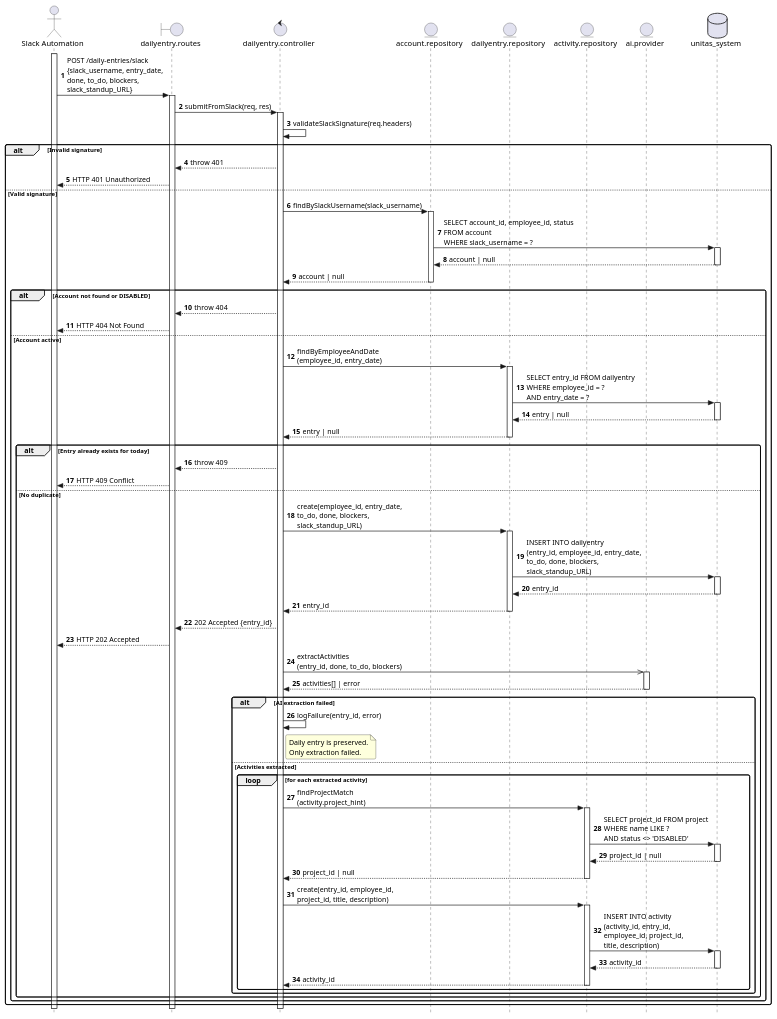
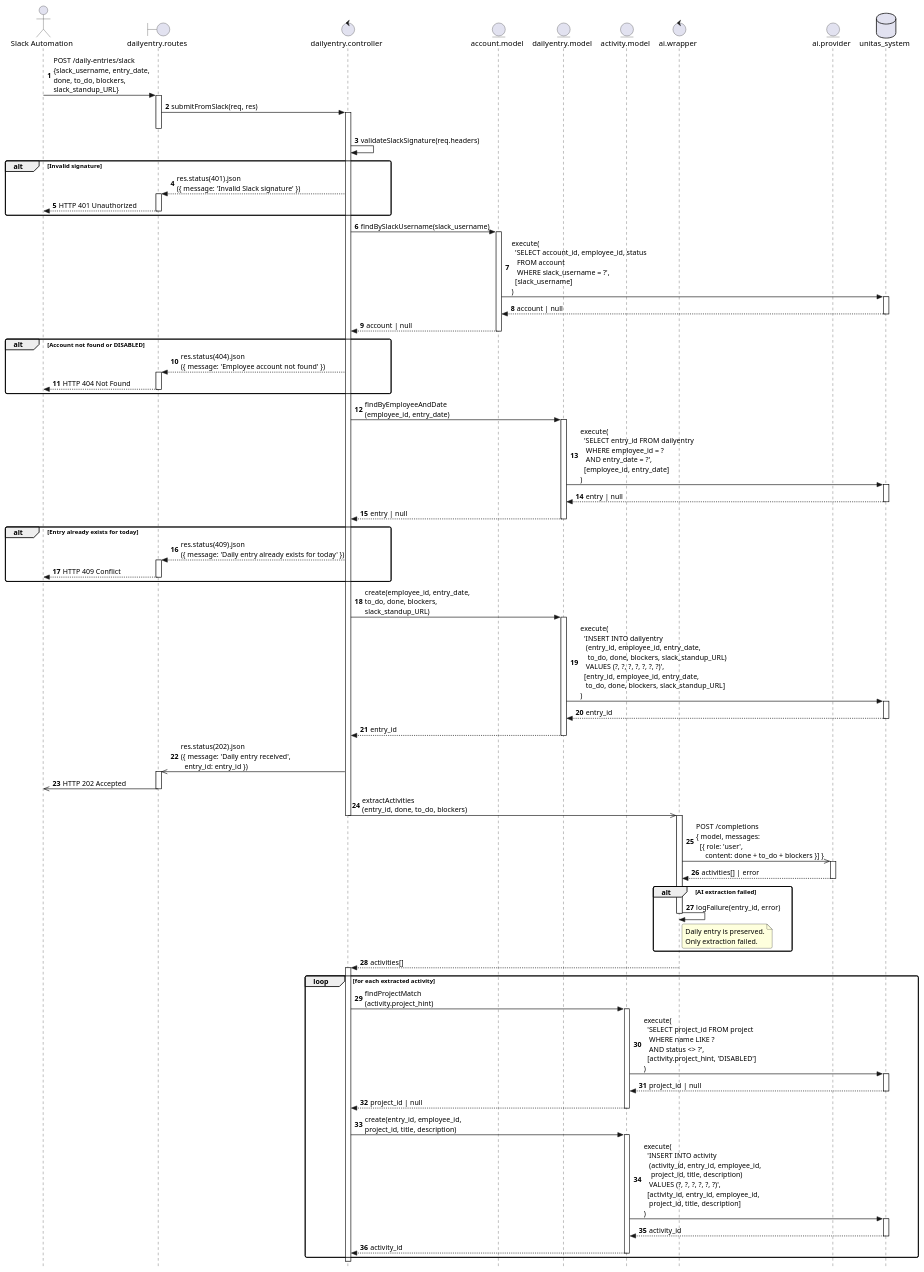
Before and after one commit to Berthou05/LimboSoftwareDevelopment_Change.org: the diagram in documentation/sequence_diagrams/AL-01-SD.puml, drawn with PlantUML. The commit also changed 1 other file, not shown here.

```diff
--- a/documentation/sequence_diagrams/AL-01-SD.puml
+++ b/documentation/sequence_diagrams/AL-01-SD.puml
@@ -1,115 +1,123 @@
 @startuml
 skinparam style strictuml
 skinparam sequenceArrowThickness 1.2
 skinparam roundcorner 6
 autonumber
 
-actor    "Slack Automation"        as Slack
-boundary "dailyentry.routes"       as Routes
-control  "dailyentry.controller"   as Controller
-entity   "account.repository"      as AccountRepository
-entity   "dailyentry.repository"   as DailyEntryRepository
-entity   "activity.repository"     as ActivityRepository
-entity   "ai.provider"             as AIProvider
-database "unitas_system"           as DB
+actor    "Slack Automation"       as Slack
+boundary "dailyentry.routes"      as Routes
+control  "dailyentry.controller"  as Controller
+entity   "account.model"          as AccountModel
+entity   "dailyentry.model"       as DailyEntryModel
+entity   "activity.model"         as ActivityModel
+control  "ai.wrapper"             as AIWrapper
+entity   "ai.provider"            as AIProvider
+database "unitas_system"          as DB
 
-activate Slack
-Slack      ->  Routes     : POST /daily-entries/slack\n{slack_username, entry_date,\ndone, to_do, blockers,\nslack_standup_URL}
+Slack -> Routes : POST /daily-entries/slack\n{slack_username, entry_date,\ndone, to_do, blockers,\nslack_standup_URL}
 activate Routes
-Routes     ->  Controller : submitFromSlack(req, res)
+Routes -> Controller : submitFromSlack(req, res)
+activate Controller
+deactivate Routes
+
+Controller -> Controller : validateSlackSignature(req.headers)
+
+alt Invalid signature
+    Controller --> Routes : res.status(401).json\n({ message: 'Invalid Slack signature' })
+    activate Routes
+    Routes --> Slack : HTTP 401 Unauthorized
+    deactivate Routes
+end
+
+Controller -> AccountModel : findBySlackUsername(slack_username)
+activate AccountModel
+AccountModel -> DB : execute(\n  'SELECT account_id, employee_id, status\n   FROM account\n   WHERE slack_username = ?',\n  [slack_username]\n)
+activate DB
+DB --> AccountModel : account | null
+deactivate DB
+AccountModel --> Controller : account | null
+deactivate AccountModel
+
+alt Account not found or DISABLED
+    Controller --> Routes : res.status(404).json\n({ message: 'Employee account not found' })
+    activate Routes
+    Routes --> Slack : HTTP 404 Not Found
+    deactivate Routes
+end
+
+Controller -> DailyEntryModel : findByEmployeeAndDate\n(employee_id, entry_date)
+activate DailyEntryModel
+DailyEntryModel -> DB : execute(\n  'SELECT entry_id FROM dailyentry\n   WHERE employee_id = ?\n   AND entry_date = ?',\n  [employee_id, entry_date]\n)
+activate DB
+DB --> DailyEntryModel : entry | null
+deactivate DB
+DailyEntryModel --> Controller : entry | null
+deactivate DailyEntryModel
+
+alt Entry already exists for today
+    Controller --> Routes : res.status(409).json\n({ message: 'Daily entry already exists for today' })
+    activate Routes
+    Routes --> Slack : HTTP 409 Conflict
+    deactivate Routes
+end
+
+Controller -> DailyEntryModel : create(employee_id, entry_date,\nto_do, done, blockers,\nslack_standup_URL)
+activate DailyEntryModel
+DailyEntryModel -> DB : execute(\n  'INSERT INTO dailyentry\n   (entry_id, employee_id, entry_date,\n    to_do, done, blockers, slack_standup_URL)\n   VALUES (?, ?, ?, ?, ?, ?, ?)',\n  [entry_id, employee_id, entry_date,\n   to_do, done, blockers, slack_standup_URL]\n)
+activate DB
+DB --> DailyEntryModel : entry_id
+deactivate DB
+DailyEntryModel --> Controller : entry_id
+deactivate DailyEntryModel
+
+Controller ->> Routes : res.status(202).json\n({ message: 'Daily entry received',\n  entry_id: entry_id })
+activate Routes
+Routes ->> Slack : HTTP 202 Accepted
+deactivate Routes
+
+Controller ->> AIWrapper : extractActivities\n(entry_id, done, to_do, blockers)
+deactivate Controller
+activate AIWrapper
+AIWrapper ->> AIProvider : POST /completions\n{ model, messages:\n  [{ role: 'user',\n     content: done + to_do + blockers }] }
+activate AIProvider
+AIProvider --> AIWrapper : activities[] | error
+deactivate AIProvider
+
+alt AI extraction failed
+    AIWrapper -> AIWrapper : logFailure(entry_id, error)
+    note right of AIWrapper
+        Daily entry is preserved.
+        Only extraction failed.
+    end note
+    deactivate AIWrapper
+end
+
+AIWrapper --> Controller : activities[]
+deactivate AIWrapper
 activate Controller
 
-Controller ->  Controller : validateSlackSignature(req.headers)
+loop for each extracted activity
 
-alt Invalid signature
-    Controller --> Routes : throw 401
-    Routes     --> Slack  : HTTP 401 Unauthorized
+    Controller -> ActivityModel : findProjectMatch\n(activity.project_hint)
+    activate ActivityModel
+    ActivityModel -> DB : execute(\n  'SELECT project_id FROM project\n   WHERE name LIKE ?\n   AND status <> ?',\n  [activity.project_hint, 'DISABLED']\n)
+    activate DB
+    DB --> ActivityModel : project_id | null
+    deactivate DB
+    ActivityModel --> Controller : project_id | null
+    deactivate ActivityModel
 
-else Valid signature
+    Controller -> ActivityModel : create(entry_id, employee_id,\nproject_id, title, description)
+    activate ActivityModel
+    ActivityModel -> DB : execute(\n  'INSERT INTO activity\n   (activity_id, entry_id, employee_id,\n    project_id, title, description)\n   VALUES (?, ?, ?, ?, ?, ?)',\n  [activity_id, entry_id, employee_id,\n   project_id, title, description]\n)
+    activate DB
+    DB --> ActivityModel : activity_id
+    deactivate DB
+    ActivityModel --> Controller : activity_id
+    deactivate ActivityModel
 
-    Controller ->  AccountRepository : findBySlackUsername(slack_username)
-    activate AccountRepository
-    AccountRepository ->  DB               : SELECT account_id, employee_id, status\nFROM account\nWHERE slack_username = ?
-    activate DB
-    DB                --> AccountRepository : account | null
-    deactivate DB
-    AccountRepository --> Controller        : account | null
-    deactivate AccountRepository
-
-    alt Account not found or DISABLED
-        Controller --> Routes : throw 404
-        Routes     --> Slack  : HTTP 404 Not Found
-
-    else Account active
-
-        Controller ->  DailyEntryRepository : findByEmployeeAndDate\n(employee_id, entry_date)
-        activate DailyEntryRepository
-        DailyEntryRepository ->  DB                  : SELECT entry_id FROM dailyentry\nWHERE employee_id = ?\nAND entry_date = ?
-        activate DB
-        DB                   --> DailyEntryRepository : entry | null
-        deactivate DB
-        DailyEntryRepository --> Controller            : entry | null
-        deactivate DailyEntryRepository
-
-        alt Entry already exists for today
-            Controller --> Routes : throw 409
-            Routes     --> Slack  : HTTP 409 Conflict
-
-        else No duplicate
-
-            Controller ->  DailyEntryRepository : create(employee_id, entry_date,\nto_do, done, blockers,\nslack_standup_URL)
-            activate DailyEntryRepository
-            DailyEntryRepository ->  DB                  : INSERT INTO dailyentry\n(entry_id, employee_id, entry_date,\nto_do, done, blockers,\nslack_standup_URL)
-            activate DB
-            DB                   --> DailyEntryRepository : entry_id
-            deactivate DB
-            DailyEntryRepository --> Controller            : entry_id
-            deactivate DailyEntryRepository
-
-            Controller --> Routes : 202 Accepted {entry_id}
-            Routes     --> Slack  : HTTP 202 Accepted
-
-            Controller ->> AIProvider : extractActivities\n(entry_id, done, to_do, blockers)
-            activate AIProvider
-            AIProvider --> Controller : activities[] | error
-            deactivate AIProvider
-
-            alt AI extraction failed
-                Controller -> Controller : logFailure(entry_id, error)
-                note right of Controller
-                    Daily entry is preserved.
-                    Only extraction failed.
-                end note
-
-            else Activities extracted
-
-                loop for each extracted activity
-                    Controller ->  ActivityRepository : findProjectMatch\n(activity.project_hint)
-                    activate ActivityRepository
-                    ActivityRepository ->  DB                 : SELECT project_id FROM project\nWHERE name LIKE ?\nAND status <> 'DISABLED'
-                    activate DB
-                    DB                 --> ActivityRepository  : project_id | null
-                    deactivate DB
-                    ActivityRepository --> Controller          : project_id | null
-                    deactivate ActivityRepository
-
-                    Controller ->  ActivityRepository : create(entry_id, employee_id,\nproject_id, title, description)
-                    activate ActivityRepository
-                    ActivityRepository ->  DB                 : INSERT INTO activity\n(activity_id, entry_id,\nemployee_id, project_id,\ntitle, description)
-                    activate DB
-                    DB                 --> ActivityRepository  : activity_id
-                    deactivate DB
-                    ActivityRepository --> Controller          : activity_id
-                    deactivate ActivityRepository
-                end
-
-            end
-        end
-    end
 end
 
 deactivate Controller
-deactivate Routes
-deactivate Slack
 
 @enduml
```
